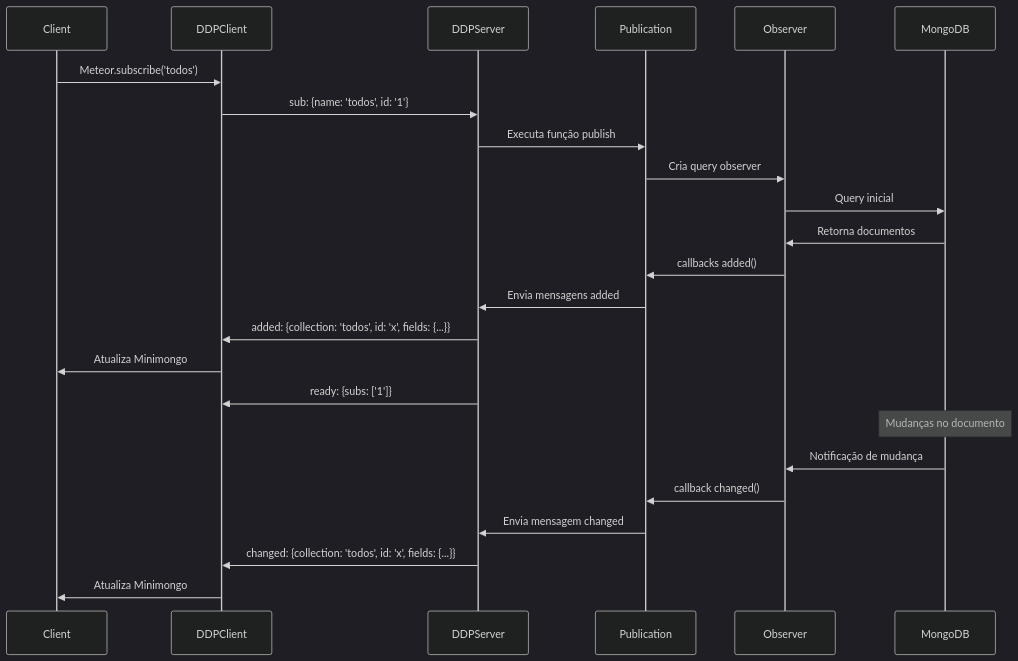
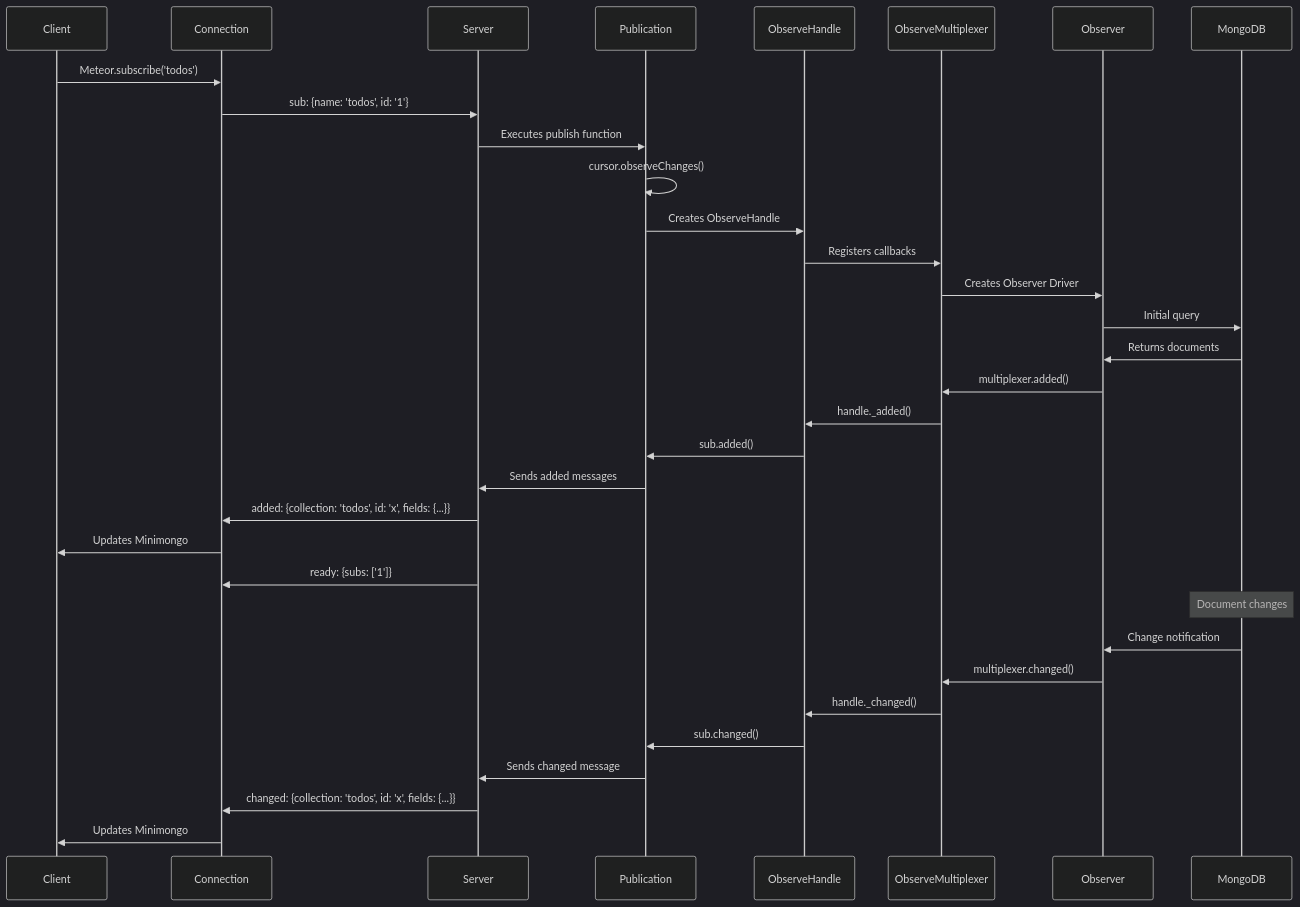
The fifth of 15 diagrams in readme.md (italojs/ddp-blog-post), drawn with Mermaid (dark theme) before and after one commit. The commit also changed other lines of this file, not shown here.

````diff
--- a/readme.md
+++ b/readme.md
@@ -421,28 +635,37 @@
 ```mermaid
 sequenceDiagram
     participant Client
-    participant DDPClient
-    participant DDPServer
+    participant Connection
+    participant Server
     participant Publication
+    participant ObserveHandle
+    participant ObserveMultiplexer
     participant Observer
     participant MongoDB
     
-    Client->>DDPClient: Meteor.subscribe('todos')
-    DDPClient->>DDPServer: sub: {name: 'todos', id: '1'}
-    DDPServer->>Publication: Executa função publish
-    Publication->>Observer: Cria query observer
-    Observer->>MongoDB: Query inicial
-    MongoDB->>Observer: Retorna documentos
-    Observer->>Publication: callbacks added()
-    Publication->>DDPServer: Envia mensagens added
-    DDPServer->>DDPClient: added: {collection: 'todos', id: 'x', fields: {...}}
-    DDPClient->>Client: Atualiza Minimongo
-    DDPServer->>DDPClient: ready: {subs: ['1']}
+    Client->>Connection: Meteor.subscribe('todos')
+    Connection->>Server: sub: {name: 'todos', id: '1'}
+    Server->>Publication: Executes publish function
+    Publication->>Publication: cursor.observeChanges()
+    Publication->>ObserveHandle: Creates ObserveHandle
+    ObserveHandle->>ObserveMultiplexer: Registers callbacks
+    ObserveMultiplexer->>Observer: Creates Observer Driver
+    Observer->>MongoDB: Initial query
+    MongoDB->>Observer: Returns documents
+    Observer->>ObserveMultiplexer: multiplexer.added()
+    ObserveMultiplexer->>ObserveHandle: handle._added()
+    ObserveHandle->>Publication: sub.added()
+    Publication->>Server: Sends added messages
+    Server->>Connection: added: {collection: 'todos', id: 'x', fields: {...}}
+    Connection->>Client: Updates Minimongo
+    Server->>Connection: ready: {subs: ['1']}
     
-    Note over MongoDB: Mudanças no documento
-    MongoDB->>Observer: Notificação de mudança
-    Observer->>Publication: callback changed()
-    Publication->>DDPServer: Envia mensagem changed
-    DDPServer->>DDPClient: changed: {collection: 'todos', id: 'x', fields: {...}}
-    DDPClient->>Client: Atualiza Minimongo
+    Note over MongoDB: Document changes
+    MongoDB->>Observer: Change notification
+    Observer->>ObserveMultiplexer: multiplexer.changed()
+    ObserveMultiplexer->>ObserveHandle: handle._changed()
+    ObserveHandle->>Publication: sub.changed()
+    Publication->>Server: Sends changed message
+    Server->>Connection: changed: {collection: 'todos', id: 'x', fields: {...}}
+    Connection->>Client: Updates Minimongo
 ```
````
